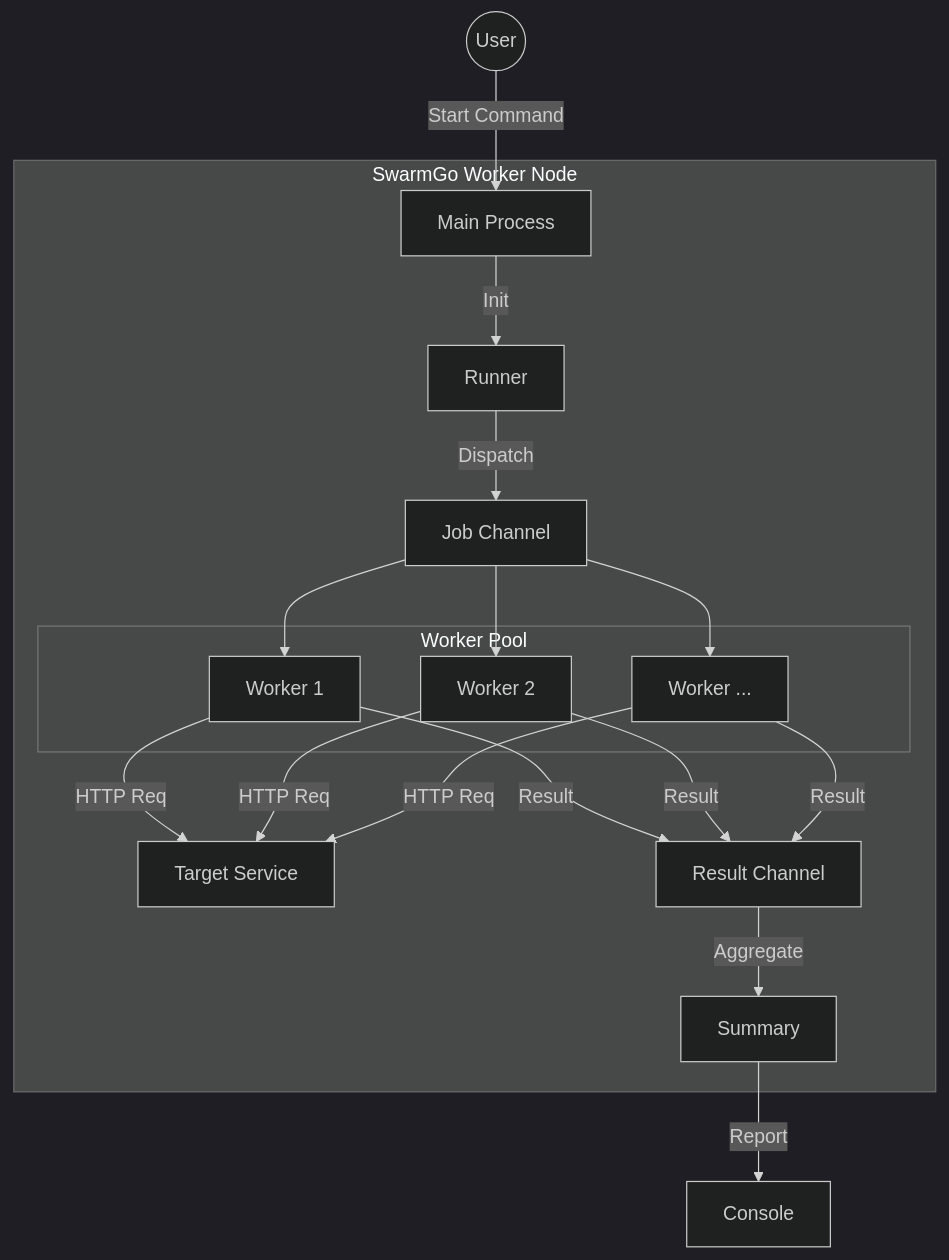
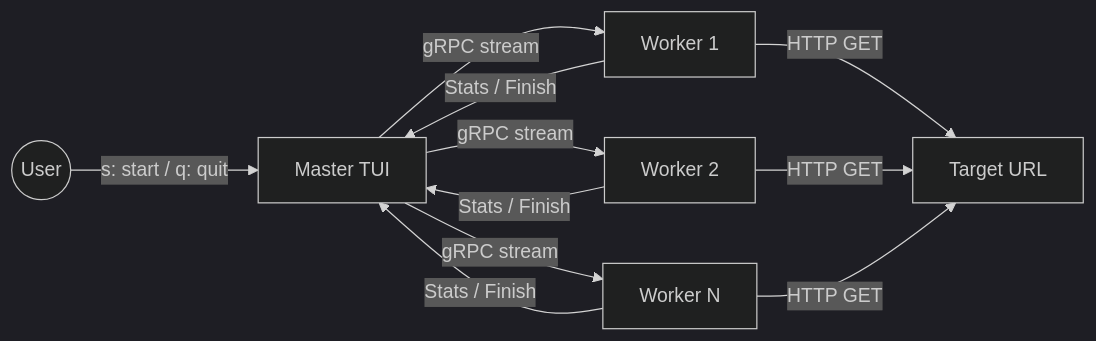
The diagram in README.md (ryokotaka/SwarmGo), drawn with Mermaid (dark theme) before and after one commit. The commit also changed other lines of this file, not shown here.

First line of the commit message:
refactor(readme): update documentation to reflect new architecture and features

````diff
--- a/README.md
+++ b/README.md
@@ -51,18 +52,9 @@
 ```mermaid
-graph TD
-    User((User)) -->|Start Command| Main[Main Process]
-    subgraph "SwarmGo Worker Node"
-        Main -->|Init| Runner
-        Runner -->|Dispatch| JobChannel[Job Channel]
-        subgraph "Worker Pool"
-            W1[Worker 1]
-            W2[Worker 2]
-            WX[Worker ...]
-        end
-        JobChannel --> W1 & W2 & WX
-        W1 & W2 & WX -->|HTTP Req| Target[Target Service]
-        W1 & W2 & WX -->|Result| ResChannel[Result Channel]
-        ResChannel -->|Aggregate| Summary
-    end
-    Summary -->|Report| Output[Console]
+graph LR
+    User((User)) -->|s: start / q: quit| Master[Master TUI]
+    Master -->|gRPC stream| W1[Worker 1]
+    Master -->|gRPC stream| W2[Worker 2]
+    Master -->|gRPC stream| WN[Worker N]
+    W1 & W2 & WN -->|HTTP GET| Target[Target URL]
+    W1 & W2 & WN -->|Stats / Finish| Master
 ```
````
